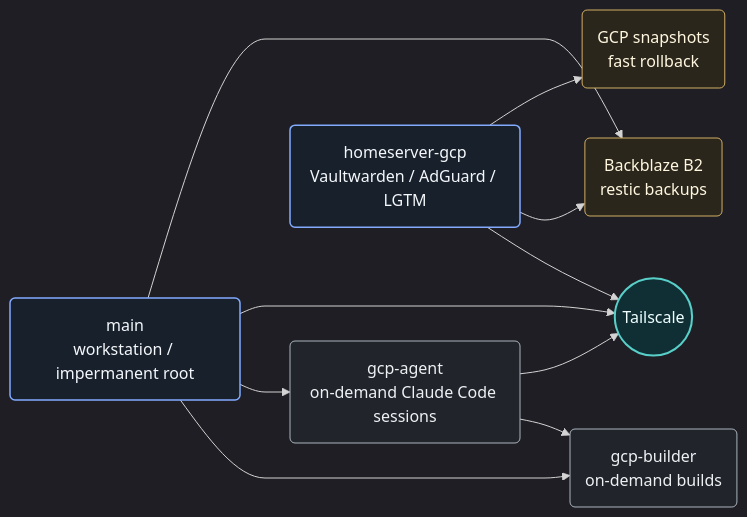
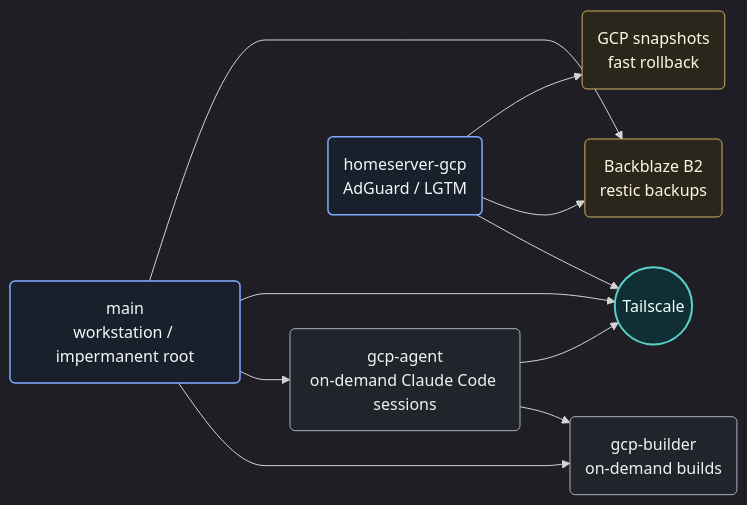
The diagram in README.md (FilipNowakowicz/nixos-config), drawn with Mermaid before and after one commit. The commit also changed other lines of this file and 24 other files, not shown here.

First line of the commit message:
Remove Vaultwarden from the homeserver (#460)

````diff
--- a/README.md
+++ b/README.md
@@ -74,30 +74,30 @@
 ```mermaid
 %%{init: {"flowchart": {"curve": "monotoneX"}, "theme": "dark"}}%%
 flowchart LR
   main("main<br/>workstation / impermanent root")
   builder("gcp-builder<br/>on-demand builds")
   agent("gcp-agent<br/>on-demand Claude Code sessions")
-  homeserver("homeserver-gcp<br/>Vaultwarden / AdGuard / LGTM")
+  homeserver("homeserver-gcp<br/>AdGuard / LGTM")
   tailnet(("Tailscale"))
   b2("Backblaze B2<br/>restic backups")
   snapshots("GCP snapshots<br/>fast rollback")
 
   main --> builder
   main --> agent
   agent --> builder
   main --> tailnet
   agent --> tailnet
   homeserver --> tailnet
   main --> b2
   homeserver --> b2
   homeserver --> snapshots
 
   classDef primary fill:#18212b,stroke:#82aaff,color:#f4f7fb,stroke-width:1.5px
   classDef secondary fill:#21252b,stroke:#aab4be,color:#eef1f4
   classDef storage fill:#2a261b,stroke:#d2ae63,color:#fff7df
   classDef network fill:#102f35,stroke:#58d0c9,color:#f0ffff,stroke-width:2px
   class main,homeserver primary
   class builder,agent secondary
   class b2,snapshots storage
   class tailnet network
 ```
````
